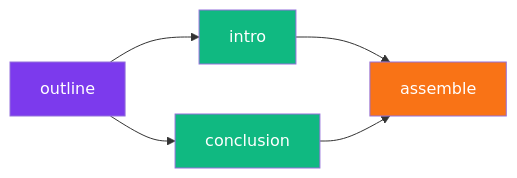
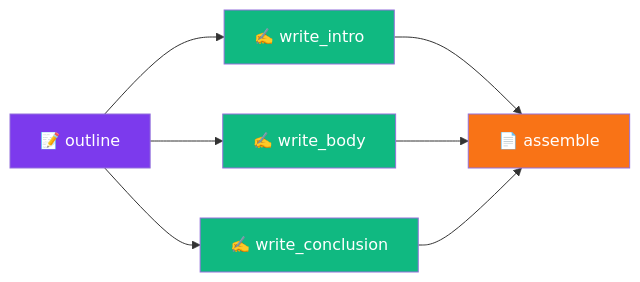
Before and after one commit to supernovae-st/nika: diagram 12 of 13 in README.md, drawn with Mermaid. The commit also changed other lines of this file, not shown here.

````diff
--- a/README.md
+++ b/README.md
@@ -704,12 +1489,15 @@
 ```mermaid
 graph LR
-    A["outline"] --> B["intro"]
-    A --> C["conclusion"]
-    B --> D["assemble"]
-    C --> D
+    A["📝 outline"] --> B["✍️ write_intro"]
+    A --> C["✍️ write_body"]
+    A --> D["✍️ write_conclusion"]
+    B --> E["📄 assemble"]
+    C --> E
+    D --> E
 
     style A fill:#7c3aed,color:#fff
     style B fill:#10b981,color:#fff
     style C fill:#10b981,color:#fff
-    style D fill:#f97316,color:#fff
+    style D fill:#10b981,color:#fff
+    style E fill:#f97316,color:#fff
 ```
````
